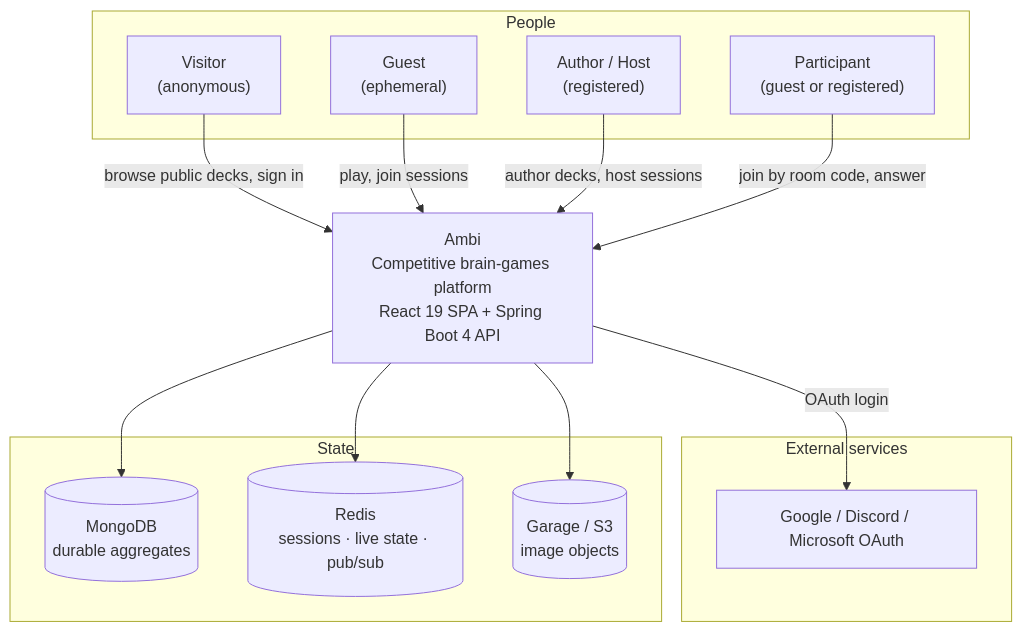
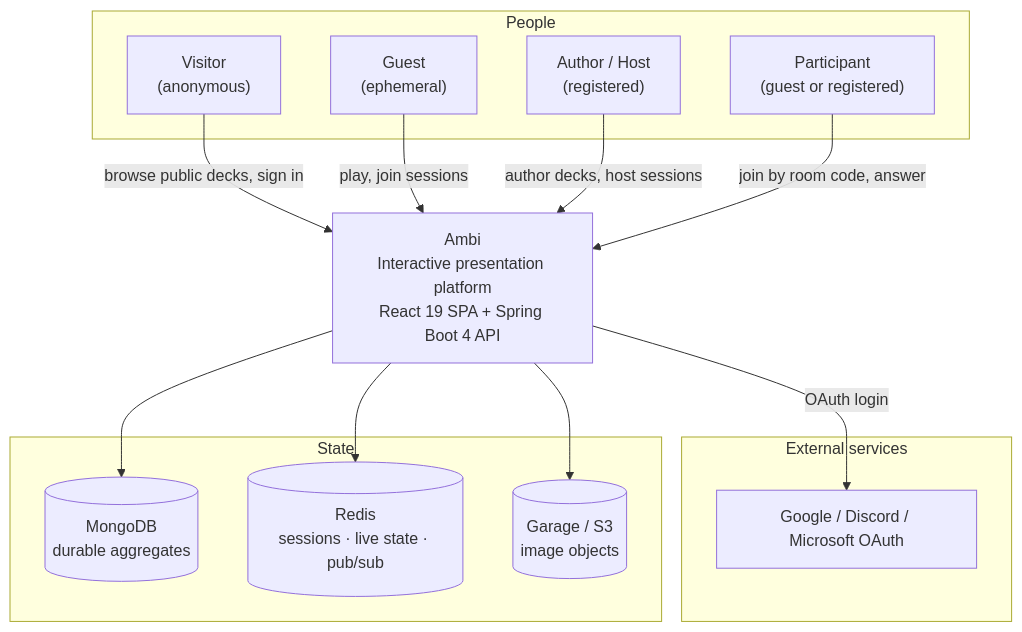
The first of 2 diagrams in z-docs/diagrams/system-overview.md (Saganaut/ambi), drawn with Mermaid before and after one commit. The commit also changed other lines of this file and 91 other files, not shown here.

````diff
--- a/z-docs/diagrams/system-overview.md
+++ b/z-docs/diagrams/system-overview.md
@@ -12,31 +12,31 @@
 ```mermaid
 flowchart TB
     subgraph actors["People"]
         VIS["Visitor<br/>(anonymous)"]
         GUEST["Guest<br/>(ephemeral)"]
         HOST["Author / Host<br/>(registered)"]
         PART["Participant<br/>(guest or registered)"]
     end
 
-    AMBI["Ambi<br/>Competitive brain-games platform<br/>React 19 SPA + Spring Boot 4 API"]
+    AMBI["Ambi<br/>Interactive presentation platform<br/>React 19 SPA + Spring Boot 4 API"]
 
     subgraph ext["External services"]
         IDP["Google / Discord / Microsoft OAuth"]
     end
 
     subgraph stores["State"]
         MONGO[("MongoDB<br/>durable aggregates")]
         REDIS[("Redis<br/>sessions · live state · pub/sub")]
         S3[("Garage / S3<br/>image objects")]
     end
 
     VIS -->|browse public decks, sign in| AMBI
     GUEST -->|play, join sessions| AMBI
     HOST -->|author decks, host sessions| AMBI
     PART -->|join by room code, answer| AMBI
 
     AMBI -->|OAuth login| IDP
     AMBI --> MONGO
     AMBI --> REDIS
     AMBI --> S3
 ```
````
